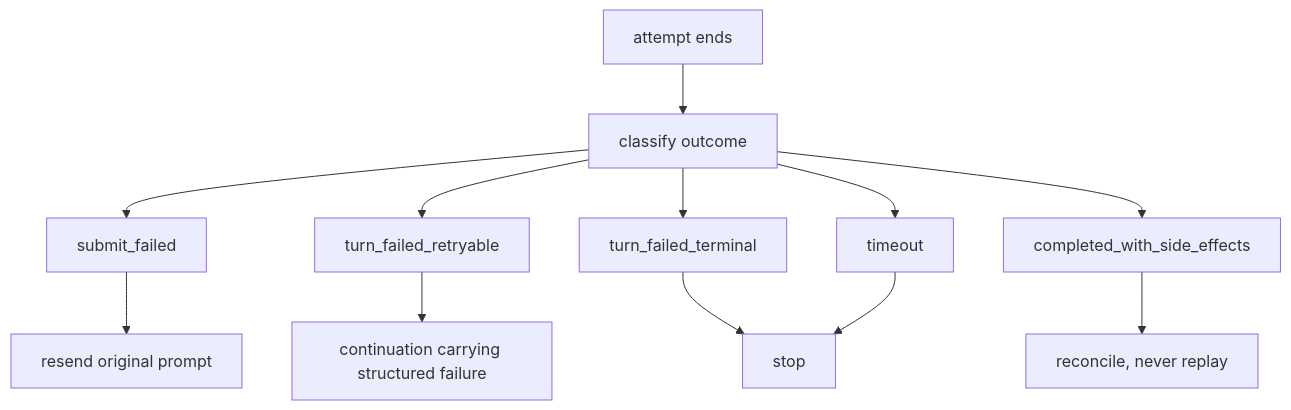
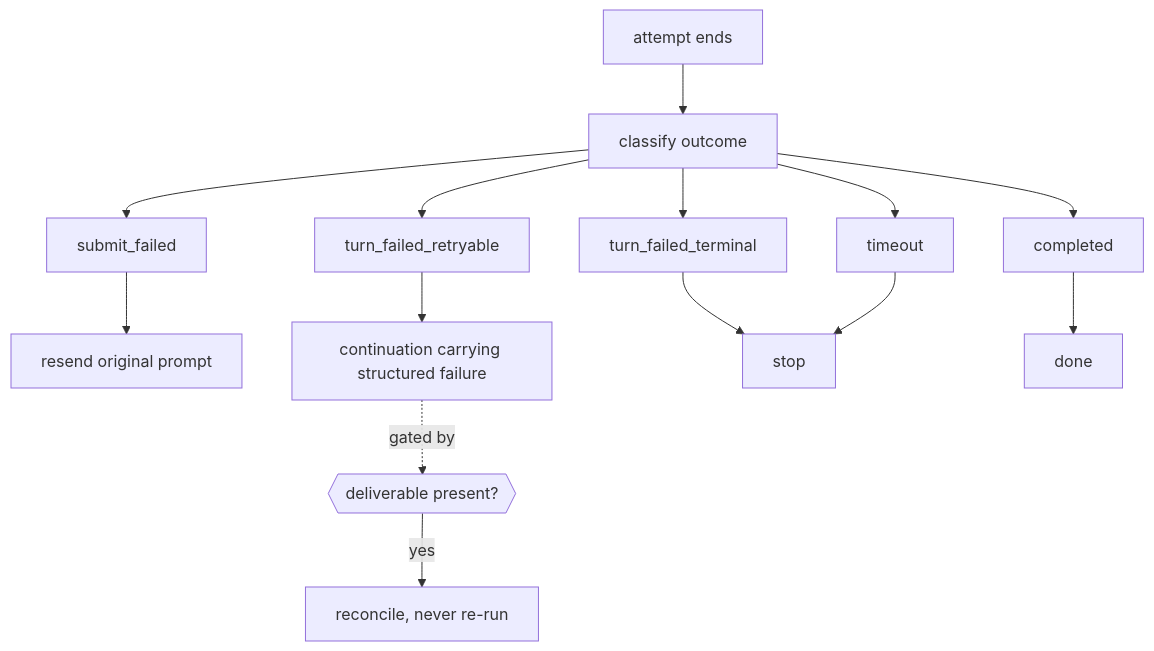
The second of 3 diagrams in docs/plans/2026-08-07-001-refactor-bitter-lesson-harness-flexibility-plan.md (fro-bot/agent), drawn with Mermaid before and after one commit. The commit also changed other lines of this file and 11 other files, not shown here.

````diff
--- a/docs/plans/2026-08-07-001-refactor-bitter-lesson-harness-flexibility-plan.md
+++ b/docs/plans/2026-08-07-001-refactor-bitter-lesson-harness-flexibility-plan.md
@@ -149,14 +149,16 @@
 ```mermaid
 graph TB
   A[attempt ends] --> B[classify outcome]
   B --> C[submit_failed]
   B --> D[turn_failed_retryable]
   B --> E[turn_failed_terminal]
   B --> F[timeout]
-  B --> G[completed_with_side_effects]
+  B --> G[completed]
   C --> H[resend original prompt]
   D --> I[continuation carrying structured failure]
   E --> J[stop]
   F --> J
-  G --> K[reconcile, never replay]
+  G --> K[done]
+  I -.gated by.-> L{{deliverable present?}}
+  L -->|yes| M[reconcile, never re-run]
 ```
````
